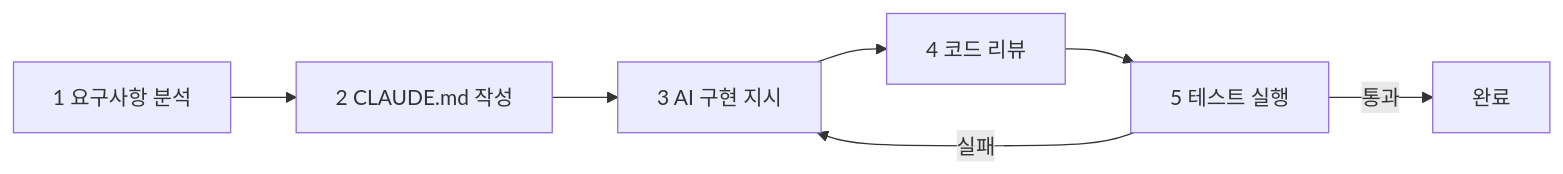
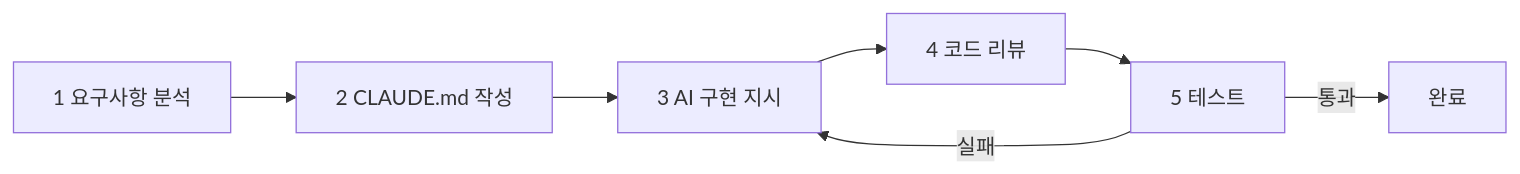
One commit to yjkim2015/yjkim2015.github.io changed the fourth of 4 diagrams in _posts/ai/2026-05-01-ai-driven-development.md. Above: the diagram before and after it, drawn with Mermaid. The commit also changed other lines of this file and 132 other files, not shown here.

First line of the commit message:
Mermaid 다이어그램 가독성 정리: 단순 제거, 노드 축소, TD→LR 변환

````diff
--- a/_posts/ai/2026-05-01-ai-driven-development.md
+++ b/_posts/ai/2026-05-01-ai-driven-development.md
@@ -475,9 +473,9 @@
 ```mermaid
 graph LR
     A["1 요구사항 분석"] --> B["2 CLAUDE.md 작성"]
     B --> C["3 AI 구현 지시"]
     C --> D["4 코드 리뷰"]
-    D --> E["5 테스트 실행"]
+    D --> E["5 테스트"]
     E -->|"실패"| C
     E -->|"통과"| F["완료"]
 ```
````
